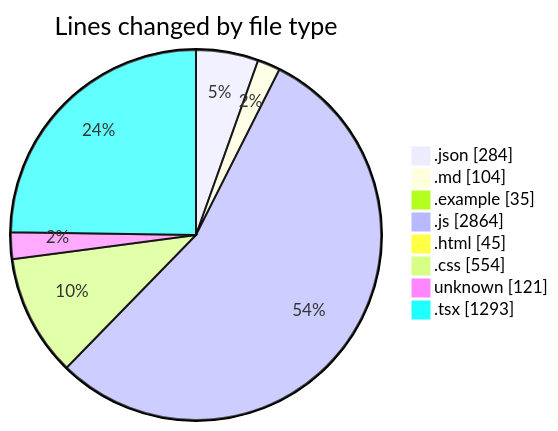
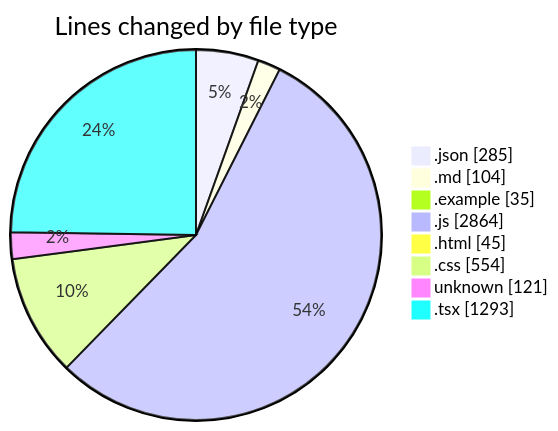
Before and after one commit to lephambinh05/code-tracking: the first of 2 diagrams in 2025-08-05/napxuvn/README.md, drawn with Mermaid. The commit also changed other lines of this file and 1 other file, not shown here.

````diff
--- a/2025-08-05/napxuvn/README.md
+++ b/2025-08-05/napxuvn/README.md
@@ -57,12 +57,12 @@
 ```mermaid
 pie showData
 title Lines changed by file type
-".json" : 284
+".json" : 285
 ".md" : 104
 ".example" : 35
 ".js" : 2864
 ".html" : 45
 ".css" : 554
 "unknown" : 121
 ".tsx" : 1293
 ```
````
